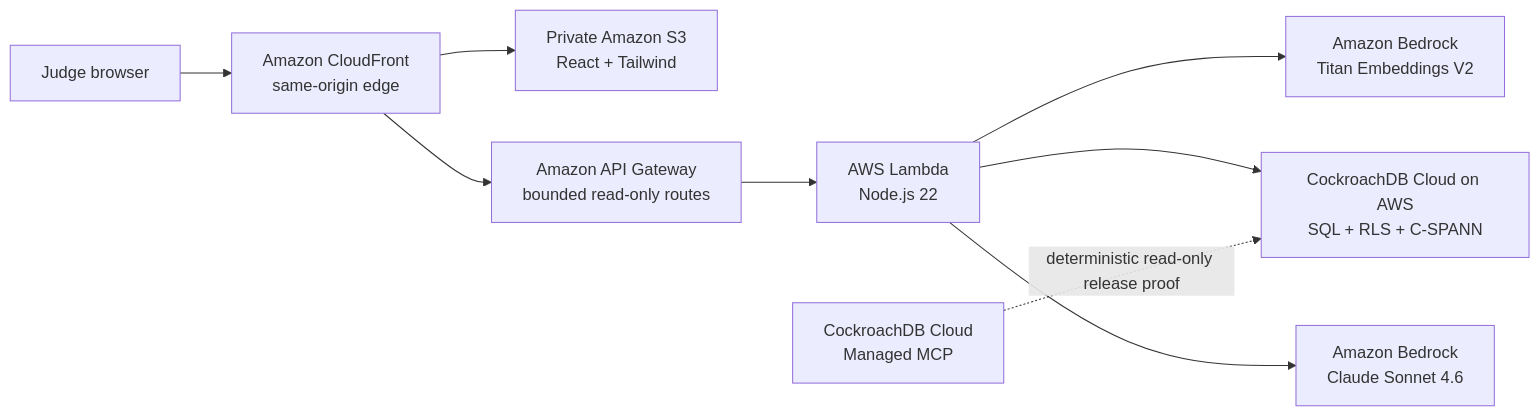
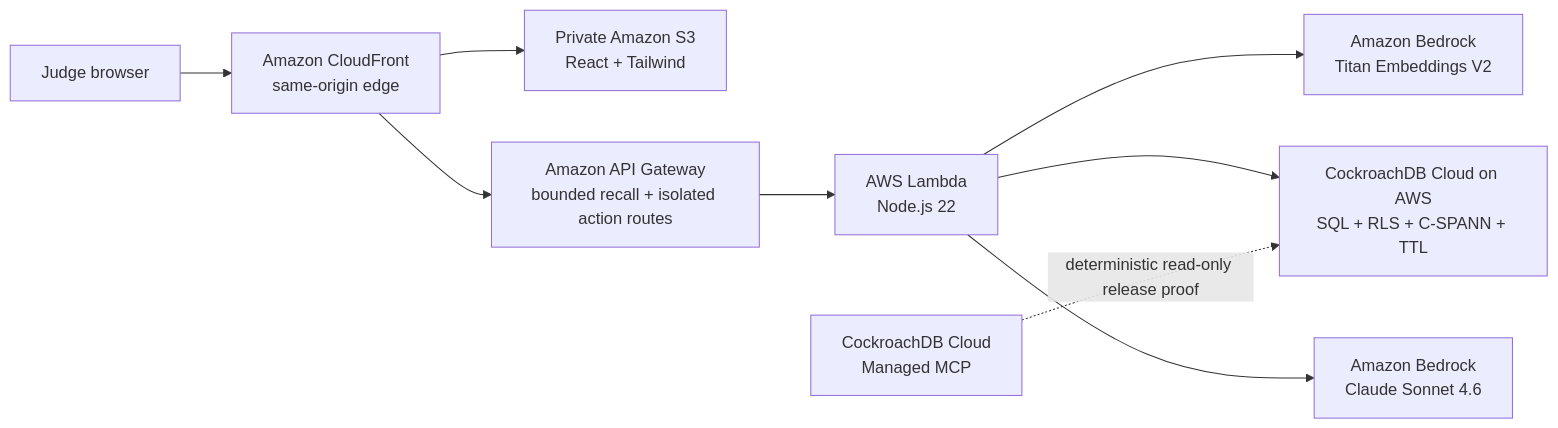
Before and after one commit to upgradedev/archon-cockroach-memory: the diagram in README.md, drawn with Mermaid. The commit also changed other lines of this file and 175 other files, not shown here.

````diff
--- a/README.md
+++ b/README.md
@@ -60,20 +70,20 @@
 ```mermaid
 flowchart LR
     Judge["Judge browser"]
     CF["Amazon CloudFront<br/>same-origin edge"]
     S3["Private Amazon S3<br/>React + Tailwind"]
-    API["Amazon API Gateway<br/>bounded read-only routes"]
+    API["Amazon API Gateway<br/>bounded recall + isolated action routes"]
     Lambda["AWS Lambda<br/>Node.js 22"]
     Titan["Amazon Bedrock<br/>Titan Embeddings V2"]
     Claude["Amazon Bedrock<br/>Claude Sonnet 4.6"]
-    CRDB["CockroachDB Cloud on AWS<br/>SQL + RLS + C-SPANN"]
+    CRDB["CockroachDB Cloud on AWS<br/>SQL + RLS + C-SPANN + TTL"]
     MCP["CockroachDB Cloud<br/>Managed MCP"]
 
     Judge --> CF
     CF --> S3
     CF --> API --> Lambda
     Lambda --> Titan
     Lambda --> CRDB
     Lambda --> Claude
     MCP -. "deterministic read-only release proof" .-> CRDB
 ```
````
